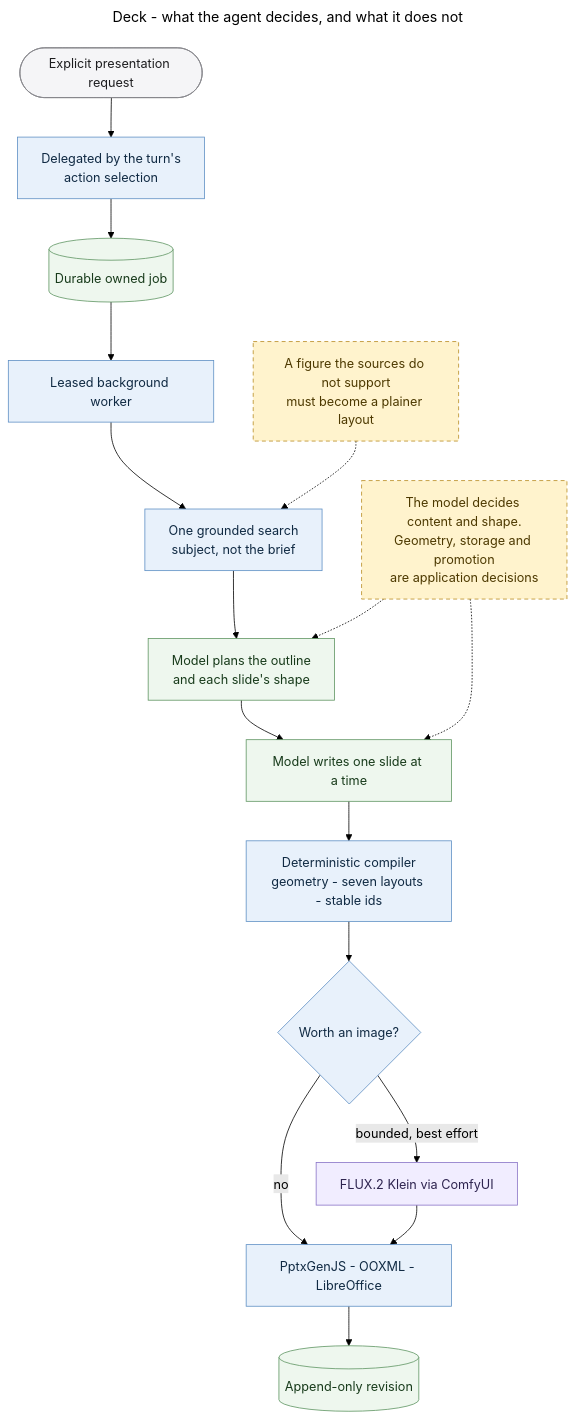
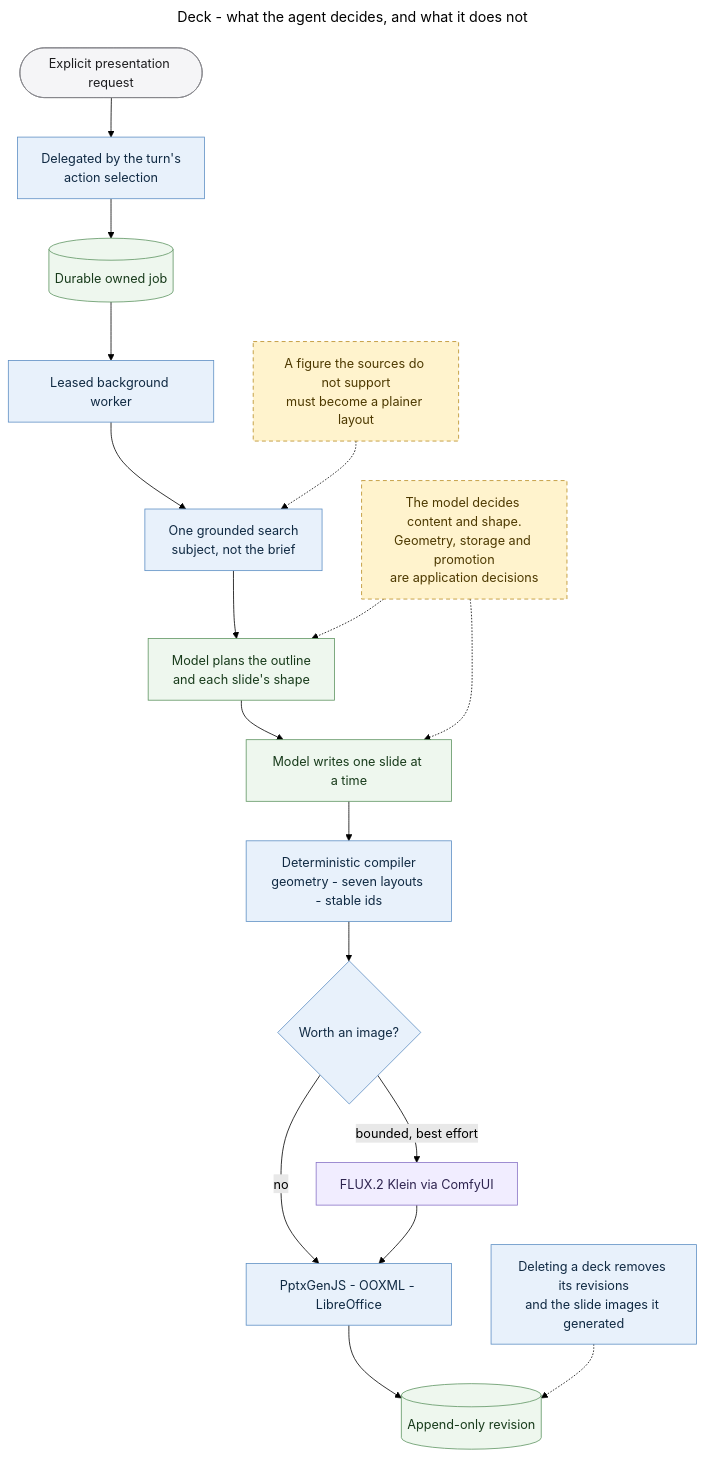
Before and after one commit to MallyaAni/PersonalAssistant: the diagram in docs/diagrams/agent-deck.mmd, drawn with Mermaid (forest theme). The commit also changed 31 other files, not shown here.

```diff
--- a/docs/diagrams/agent-deck.mmd
+++ b/docs/diagrams/agent-deck.mmd
@@ -1,37 +1,40 @@
 ---
 title: Deck - what the agent decides, and what it does not
 ---
 flowchart TB
     Ask([Explicit presentation request]) --> Supervisor[Delegated by the turn's<br/>action selection]
     Supervisor --> Job[(Durable owned job)]
     Job --> Worker[Leased background worker]
 
     Worker --> Research[One grounded search<br/>subject, not the brief]
     Research --> Outline[Model plans the outline<br/>and each slide's shape]
     Outline --> Slide[Model writes one slide at a time]
 
     Slide --> Compile[Deterministic compiler<br/>geometry - seven layouts - stable ids]
     Compile --> Visual{Worth an image?}
     Visual -->|bounded, best effort| Image[FLUX.2 Klein via ComfyUI]
     Visual -->|no| Render
     Image --> Render[PptxGenJS - OOXML - LibreOffice]
     Render --> Revision[(Append-only revision)]
 
     Decides[The model decides content and shape.<br/>Geometry, storage and promotion<br/>are application decisions]
     Decides -.-> Outline
     Decides -.-> Slide
 
     Boundary[A figure the sources do not support<br/>must become a plainer layout]
     Boundary -.-> Research
 
+    Delete[Deleting a deck removes its revisions<br/>and the slide images it generated]
+    Delete -.-> Revision
+
     classDef interface fill:#f5f5f7,stroke:#86868b,color:#1d1d1f;
     classDef application fill:#e8f1fb,stroke:#5e8fc4,color:#102a43;
     classDef data fill:#eef7ee,stroke:#5f9562,color:#183b1b;
     classDef external fill:#f1edff,stroke:#8872c6,color:#2e2450;
     classDef warning fill:#fff3cd,stroke:#b78b20,color:#4d3900,stroke-dasharray:5 4;
     class Ask interface;
-    class Supervisor,Worker,Compile,Visual,Render,Research application;
+    class Supervisor,Worker,Compile,Visual,Render,Research,Delete application;
     class Job,Revision data;
     class Image external;
     class Outline,Slide data;
     class Decides,Boundary warning;
```
